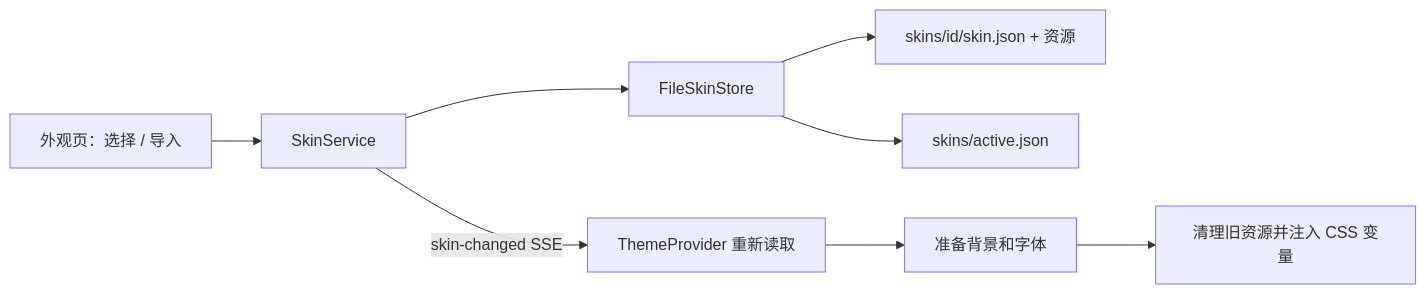
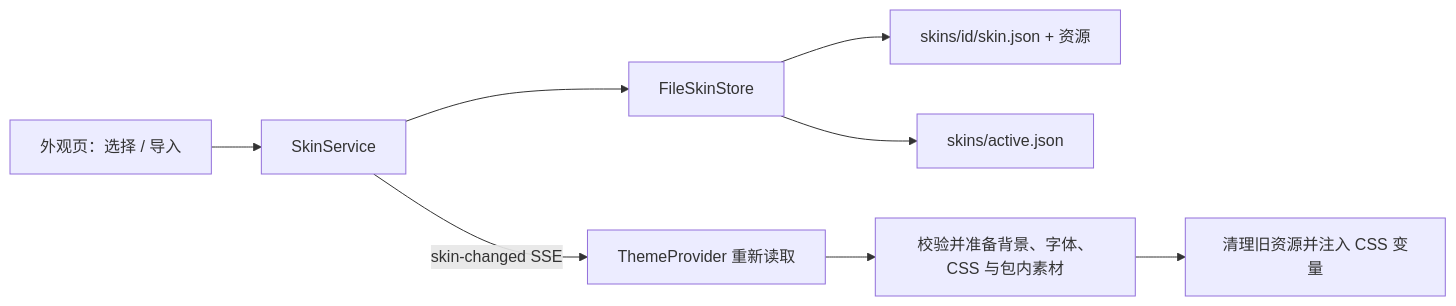
One commit to Penglai-Link/Tron-Harness changed the diagram in tron-frontend/docs/skin-themes.md. Above: the diagram before and after it, drawn with Mermaid. The commit also changed other lines of this file and 32 other files, not shown here.

````diff
--- a/tron-frontend/docs/skin-themes.md
+++ b/tron-frontend/docs/skin-themes.md
@@ -5,10 +5,10 @@
 ```mermaid
 flowchart LR
   A[外观页：选择 / 导入] --> B[SkinService]
   B --> C[FileSkinStore]
   C --> D[skins/id/skin.json + 资源]
   C --> E[skins/active.json]
   B -->|skin-changed SSE| F[ThemeProvider 重新读取]
-  F --> G[准备背景和字体]
+  F --> G[校验并准备背景、字体、CSS 与包内素材]
   G --> H[清理旧资源并注入 CSS 变量]
 ```
````
